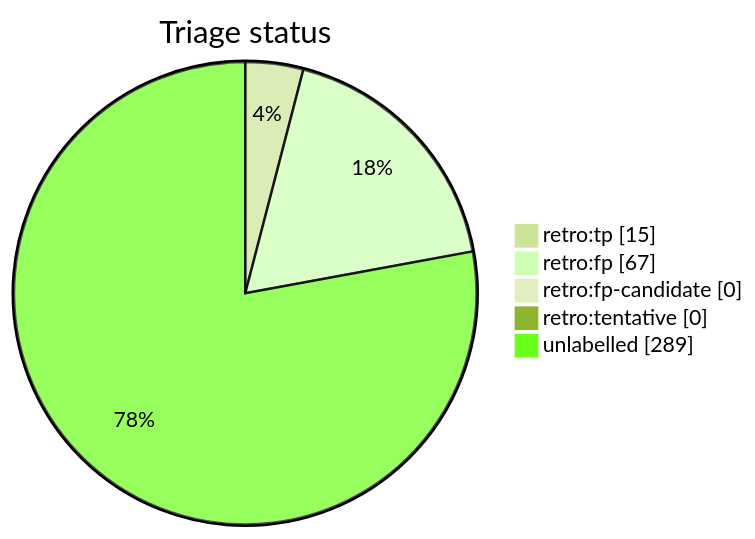
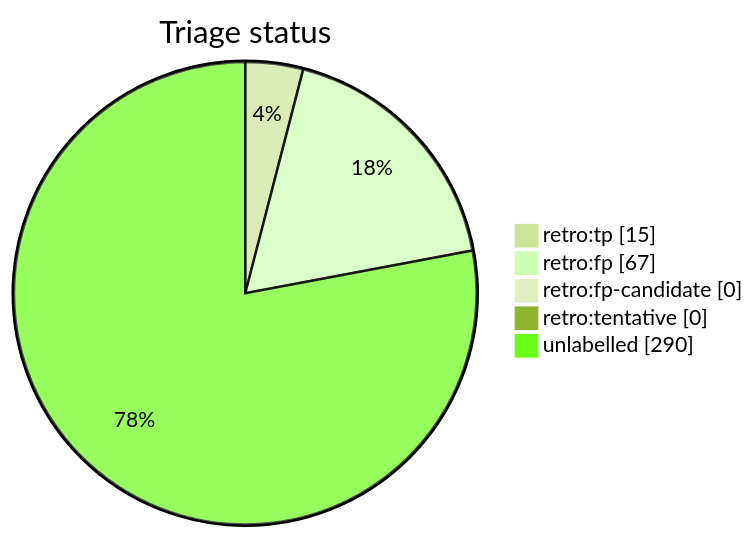
The diagram in docs/generated/scripts/auto-retro-triage-report.md (tvna/claude-md), drawn with Mermaid (forest theme) before and after one commit. The commit also changed other lines of this file, not shown here.

````diff
--- a/docs/generated/scripts/auto-retro-triage-report.md
+++ b/docs/generated/scripts/auto-retro-triage-report.md
@@ -15,9 +15,9 @@
 ```mermaid
 pie showData
     title Triage status
     "retro:tp" : 15
     "retro:fp" : 67
     "retro:fp-candidate" : 0
     "retro:tentative" : 0
-    "unlabelled" : 289
+    "unlabelled" : 290
 ```
````
